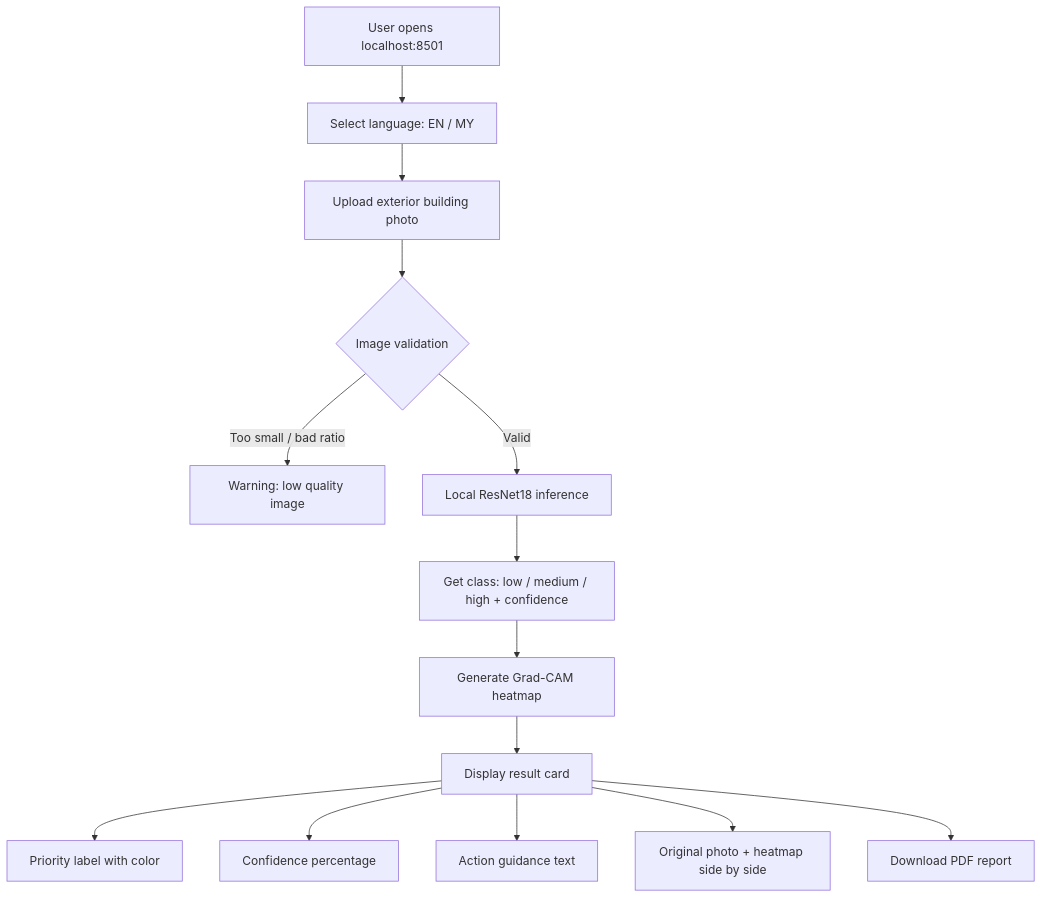
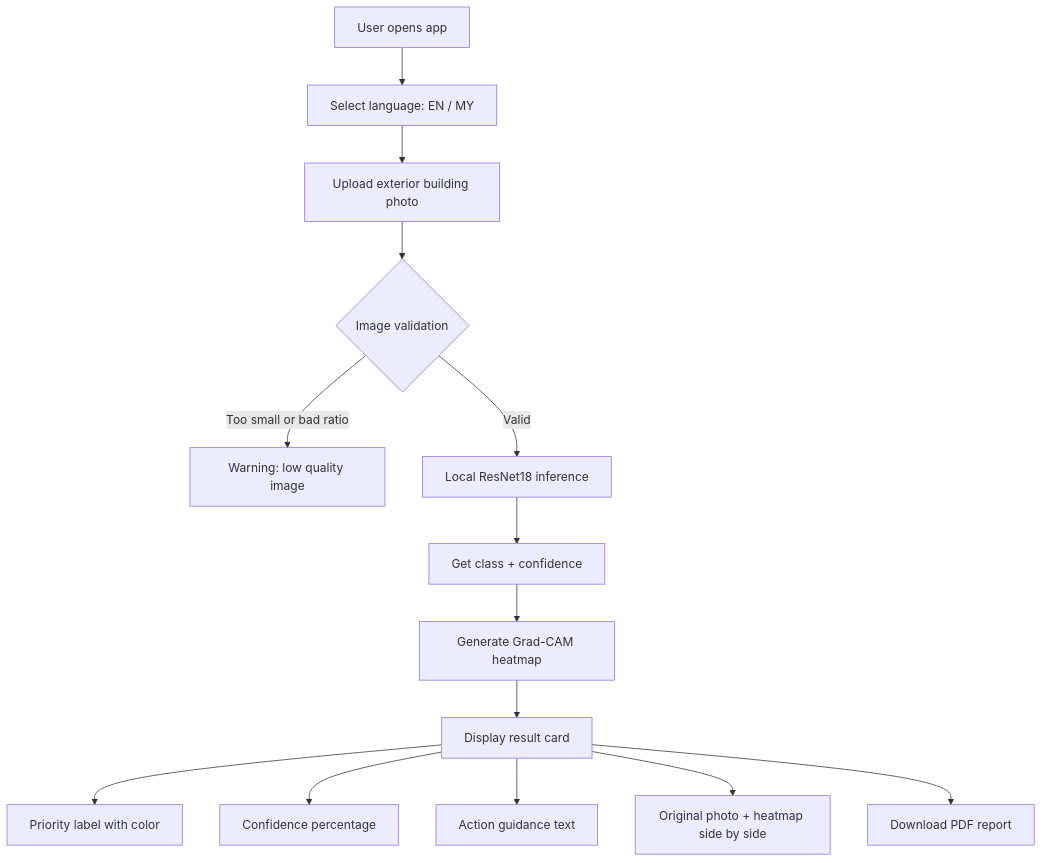
One commit to isaaclk91207-oss/SB changed the diagram in safebuild-myanmar/README.md. Above: the diagram before and after it, drawn with Mermaid. The commit also changed other lines of this file and 8 other files, not shown here.

````diff
--- a/safebuild-myanmar/README.md
+++ b/safebuild-myanmar/README.md
@@ -117,16 +150,16 @@
 ```mermaid
 flowchart TD
-    A[User opens localhost:8501] --> B[Select language: EN / MY]
+    A[User opens app] --> B[Select language: EN / MY]
     B --> C[Upload exterior building photo]
     C --> D{Image validation}
-    D -->|Too small / bad ratio| E[Warning: low quality image]
+    D -->|Too small or bad ratio| E[Warning: low quality image]
     D -->|Valid| F[Local ResNet18 inference]
-    F --> G[Get class: low / medium / high + confidence]
+    F --> G[Get class + confidence]
     G --> H[Generate Grad-CAM heatmap]
     H --> I[Display result card]
     I --> J[Priority label with color]
     I --> K[Confidence percentage]
     I --> L[Action guidance text]
     I --> M[Original photo + heatmap side by side]
     I --> N[Download PDF report]
 ```
````
